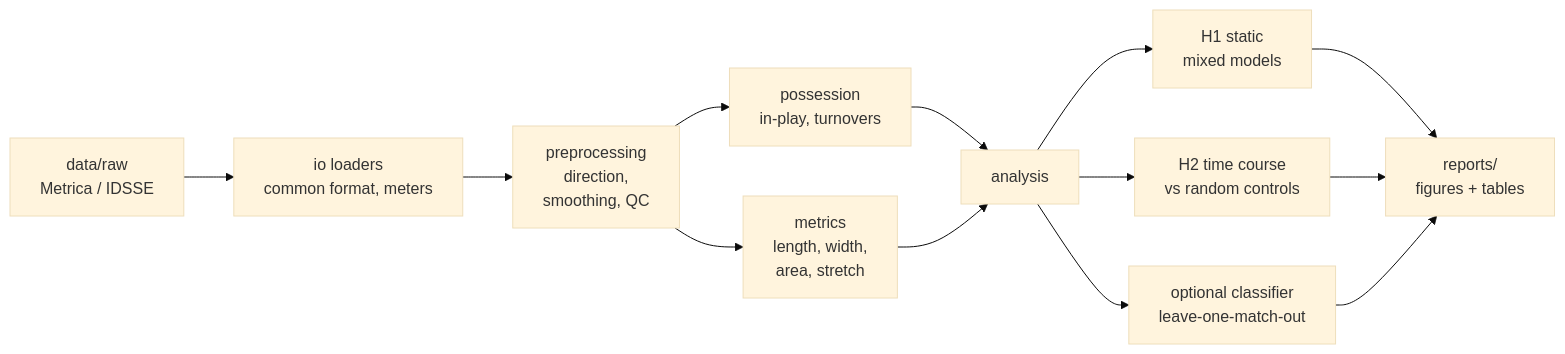
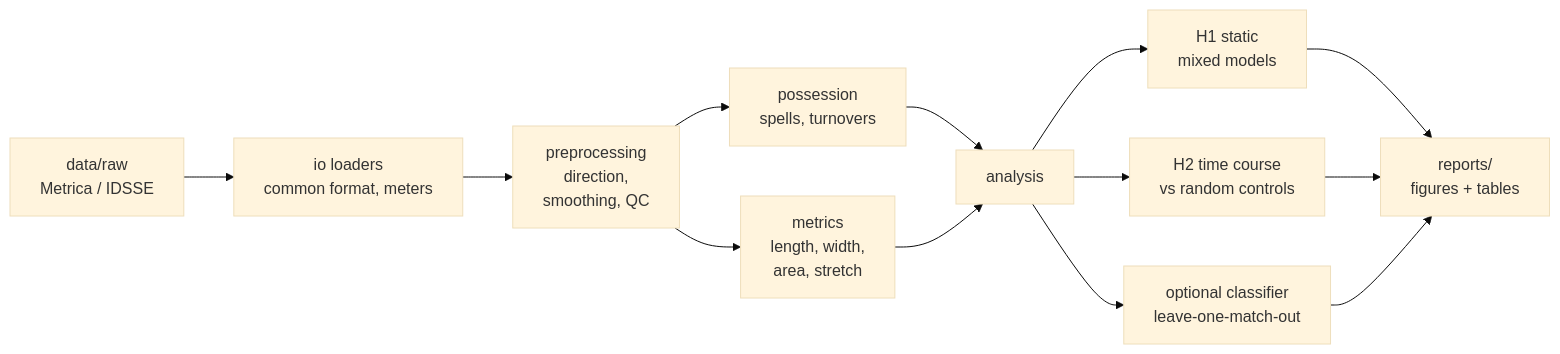
The diagram in docs/04_architecture.md (AlaminSarkerFRII/player_movement_intelligence), drawn with Mermaid (base theme) before and after one commit. The commit also changed other lines of this file and 15 other files, not shown here.

Commit message:
Phase 3.3: possession spells, trunovers , EDA figurs

````diff
--- a/docs/04_architecture.md
+++ b/docs/04_architecture.md
@@ -93,15 +94,15 @@
 ```mermaid
 flowchart LR
     A[data/raw<br/>Metrica / IDSSE] --> B[io loaders<br/>common format, meters]
     B --> C[preprocessing<br/>direction,<br/>smoothing, QC]
-    C --> D[possession<br/>in-play, turnovers]
+    C --> D[possession<br/>spells, turnovers]
     C --> E[metrics<br/>length, width,<br/>area, stretch]
     D --> F[analysis]
     E --> F
     F --> G1[H1 static<br/>mixed models]
     F --> G2[H2 time course<br/>vs random controls]
     F --> G3[optional classifier<br/>leave-one-match-out]
     G1 --> H[reports/<br/>figures + tables]
     G2 --> H
     G3 --> H
 ```
````
